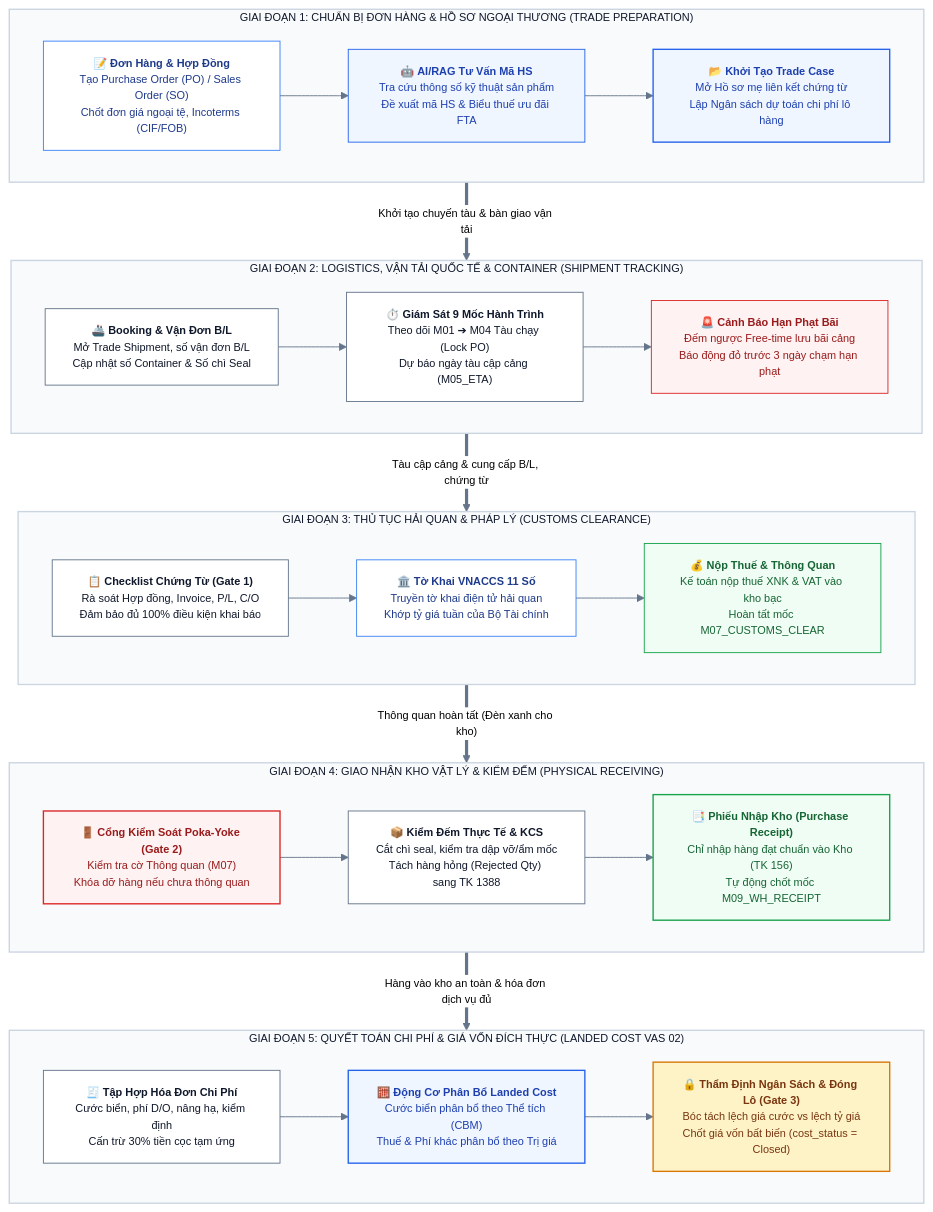
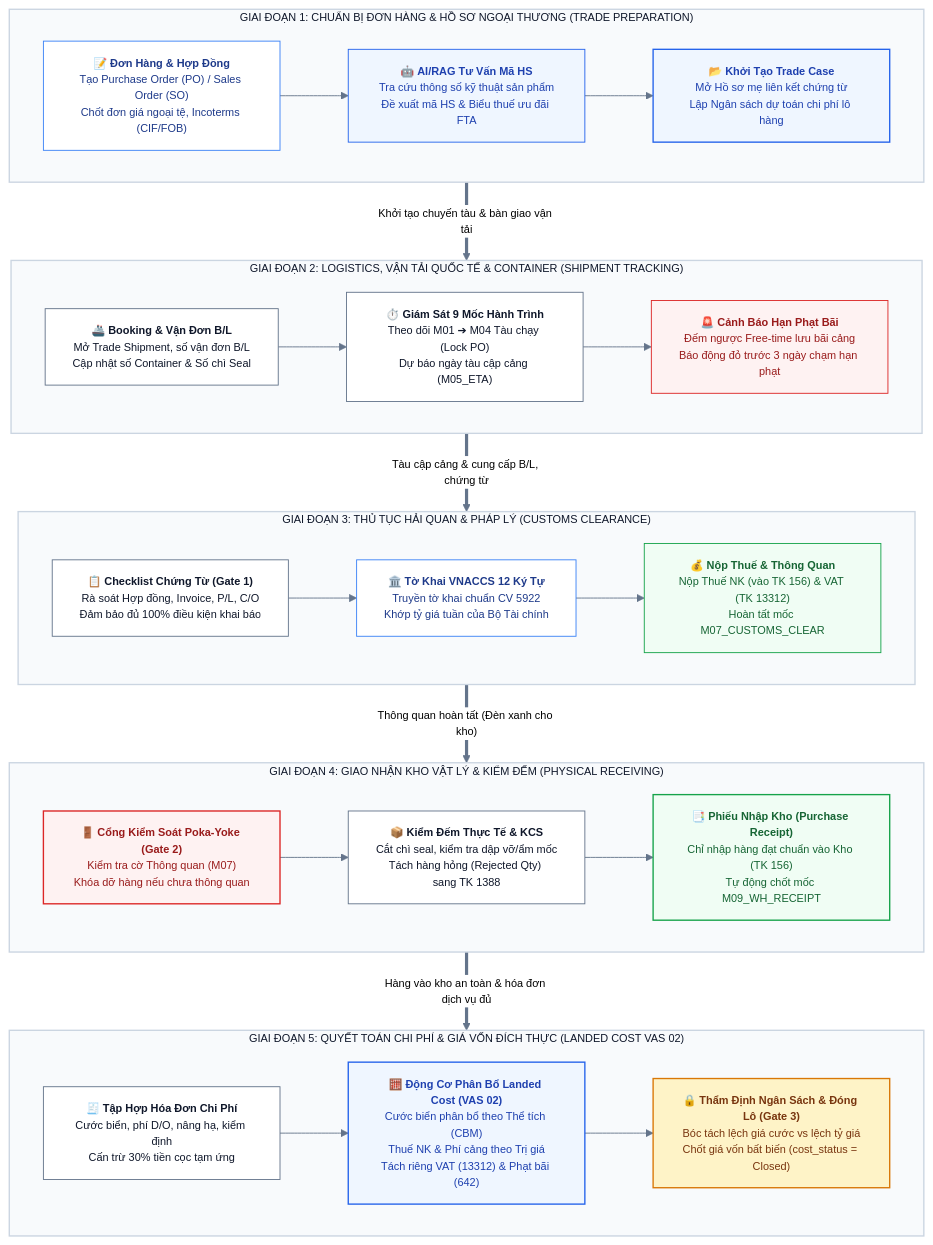
One commit to capkimkhanh2k5/Logistics_ERPNext_RAG changed the second of 3 diagrams in KIEN_TRUC_HE_THONG_QUAN_TRI_XUAT_NHAP_KHAU.md. Above: the diagram before and after it, drawn with Mermaid. The commit also changed other lines of this file and 3 other files, not shown here.

Commit message:
feat(critique-fix): implement full 13 expert critique points on architecture and workflows

```diff
--- a/KIEN_TRUC_HE_THONG_QUAN_TRI_XUAT_NHAP_KHAU.md
+++ b/KIEN_TRUC_HE_THONG_QUAN_TRI_XUAT_NHAP_KHAU.md
@@ -323,8 +340,8 @@
     subgraph STAGE3["GIAI ĐOẠN 3: THỦ TỤC HẢI QUAN & PHÁP LÝ (CUSTOMS CLEARANCE)"]
         direction LR
         S3_DOC["📋 <b>Checklist Chứng Từ (Gate 1)</b><br>Rà soát Hợp đồng, Invoice, P/L, C/O<br>Đảm bảo đủ 100% điều kiện khai báo"]
-        S3_VNACCS["🏛️ <b>Tờ Khai VNACCS 11 Số</b><br>Truyền tờ khai điện tử hải quan<br>Khớp tỷ giá tuần của Bộ Tài chính"]
-        S3_TAX["💰 <b>Nộp Thuế & Thông Quan</b><br>Kế toán nộp thuế XNK & VAT vào kho bạc<br>Hoàn tất mốc M07_CUSTOMS_CLEAR"]
+        S3_VNACCS["🏛️ <b>Tờ Khai VNACCS 12 Ký Tự</b><br>Truyền tờ khai chuẩn CV 5922<br>Khớp tỷ giá tuần của Bộ Tài chính"]
+        S3_TAX["💰 <b>Nộp Thuế & Thông Quan</b><br>Nộp Thuế NK (vào TK 156) & VAT (TK 13312)<br>Hoàn tất mốc M07_CUSTOMS_CLEAR"]
         S3_DOC --> S3_VNACCS --> S3_TAX
     end
 
@@ -345,7 +362,7 @@
     subgraph STAGE5["GIAI ĐOẠN 5: QUYẾT TOÁN CHI PHÍ & GIÁ VỐN ĐÍCH THỰC (LANDED COST VAS 02)"]
         direction LR
         S5_COLLECT["🧾 <b>Tập Hợp Hóa Đơn Chi Phí</b><br>Cước biển, phí D/O, nâng hạ, kiểm định<br>Cấn trừ 30% tiền cọc tạm ứng"]
-        S5_LCV["🧮 <b>Động Cơ Phân Bổ Landed Cost</b><br>Cước biển phân bổ theo Thể tích (CBM)<br>Thuế & Phí khác phân bổ theo Trị giá"]
+        S5_LCV["🧮 <b>Động Cơ Phân Bổ Landed Cost (VAS 02)</b><br>Cước biển phân bổ theo Thể tích (CBM)<br>Thuế NK & Phí cảng theo Trị giá<br>Tách riêng VAT (13312) & Phạt bãi (642)"]
         S5_CLOSE["🔒 <b>Thẩm Định Ngân Sách & Đóng Lô (Gate 3)</b><br>Bóc tách lệch giá cước vs lệch tỷ giá<br>Chốt giá vốn bất biến (cost_status = Closed)"]
         S5_COLLECT --> S5_LCV --> S5_CLOSE
     end
```
